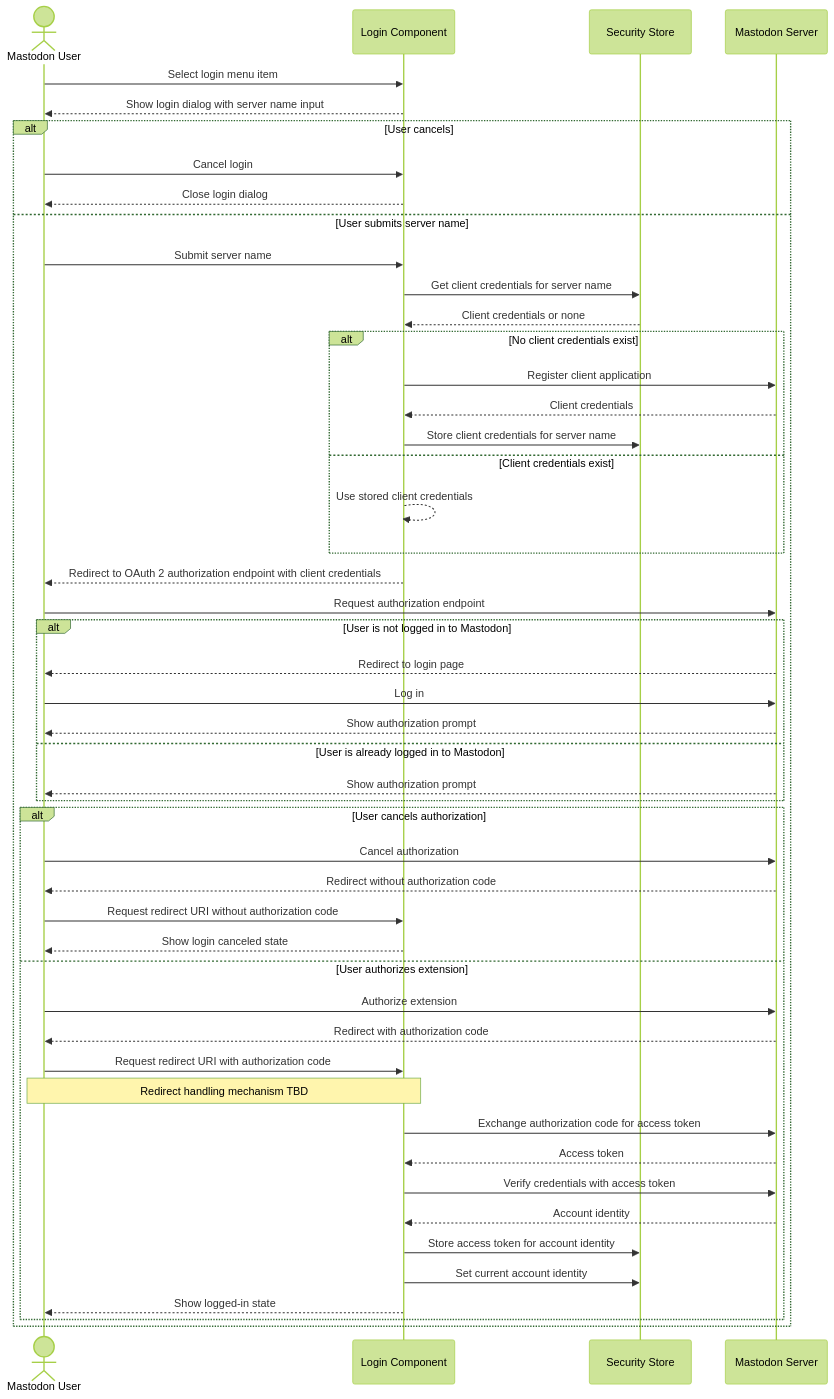
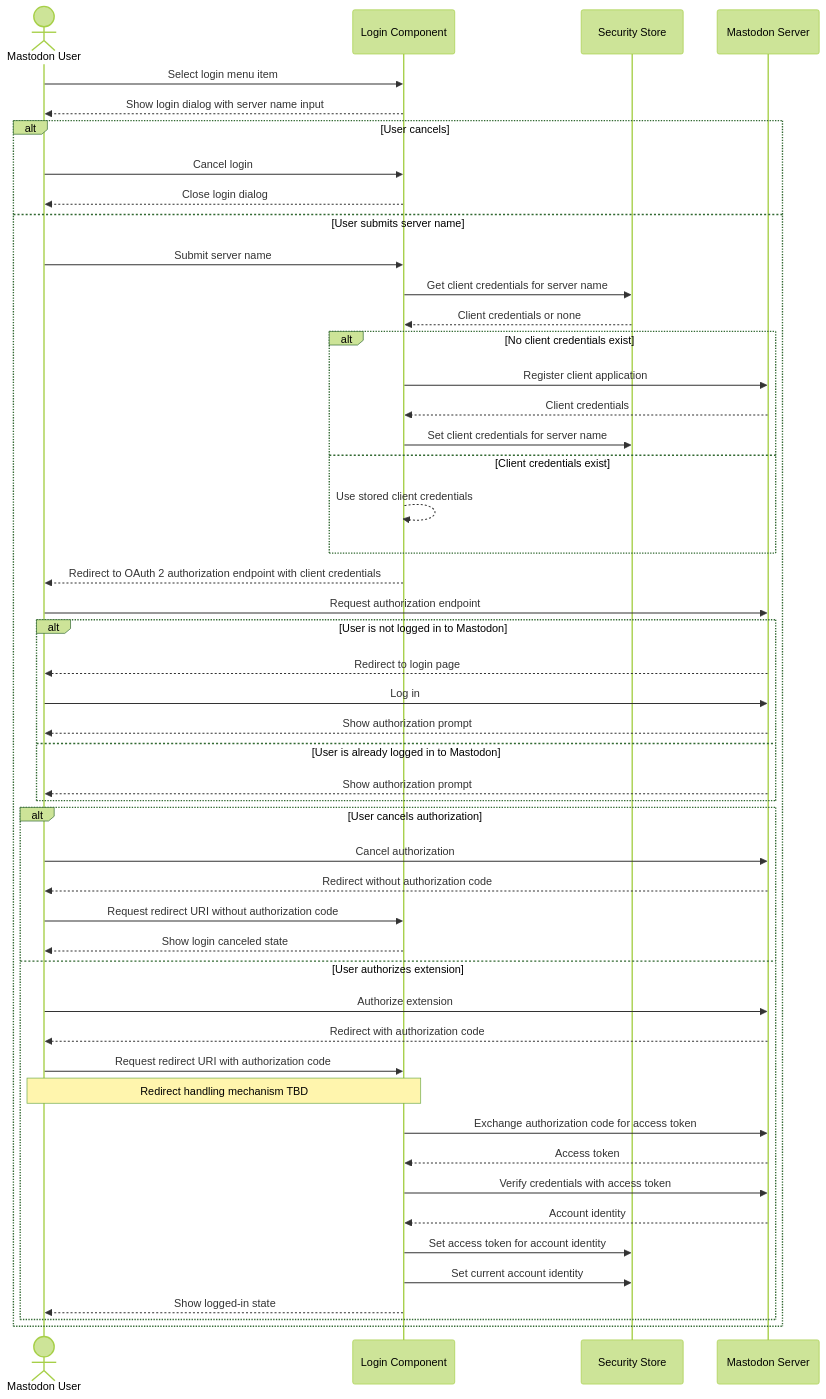
The first of 6 diagrams in docs/architecture/process.md (social-web-foundation/activitypub-browser-extension), drawn with Mermaid (forest theme) before and after one commit. The commit also changed 6 other files, not shown here.

Commit message:
feat: implement SecurityStore

````diff
--- a/docs/architecture/process.md
+++ b/docs/architecture/process.md
@@ -5,57 +5,57 @@
 ```mermaid
 sequenceDiagram
     actor User as Mastodon User
     participant Login as Login Component
     participant Security as Security Store
     participant Mastodon as Mastodon Server
 
     User->>Login: Select login menu item
     Login-->>User: Show login dialog with server name input
 
     alt User cancels
         User->>Login: Cancel login
         Login-->>User: Close login dialog
     else User submits server name
         User->>Login: Submit server name
         Login->>Security: Get client credentials for server name
         Security-->>Login: Client credentials or none
 
         alt No client credentials exist
             Login->>Mastodon: Register client application
             Mastodon-->>Login: Client credentials
-            Login->>Security: Store client credentials for server name
+            Login->>Security: Set client credentials for server name
         else Client credentials exist
             Login-->>Login: Use stored client credentials
         end
 
         Login-->>User: Redirect to OAuth 2 authorization endpoint with client credentials
         User->>Mastodon: Request authorization endpoint
 
         alt User is not logged in to Mastodon
             Mastodon-->>User: Redirect to login page
             User->>Mastodon: Log in
             Mastodon-->>User: Show authorization prompt
         else User is already logged in to Mastodon
             Mastodon-->>User: Show authorization prompt
         end
 
         alt User cancels authorization
             User->>Mastodon: Cancel authorization
             Mastodon-->>User: Redirect without authorization code
             User->>Login: Request redirect URI without authorization code
             Login-->>User: Show login canceled state
         else User authorizes extension
             User->>Mastodon: Authorize extension
             Mastodon-->>User: Redirect with authorization code
             User->>Login: Request redirect URI with authorization code
             Note over User,Login: Redirect handling mechanism TBD
             Login->>Mastodon: Exchange authorization code for access token
             Mastodon-->>Login: Access token
             Login->>Mastodon: Verify credentials with access token
             Mastodon-->>Login: Account identity
-            Login->>Security: Store access token for account identity
+            Login->>Security: Set access token for account identity
             Login->>Security: Set current account identity
             Login-->>User: Show logged-in state
         end
     end
 ```
````
